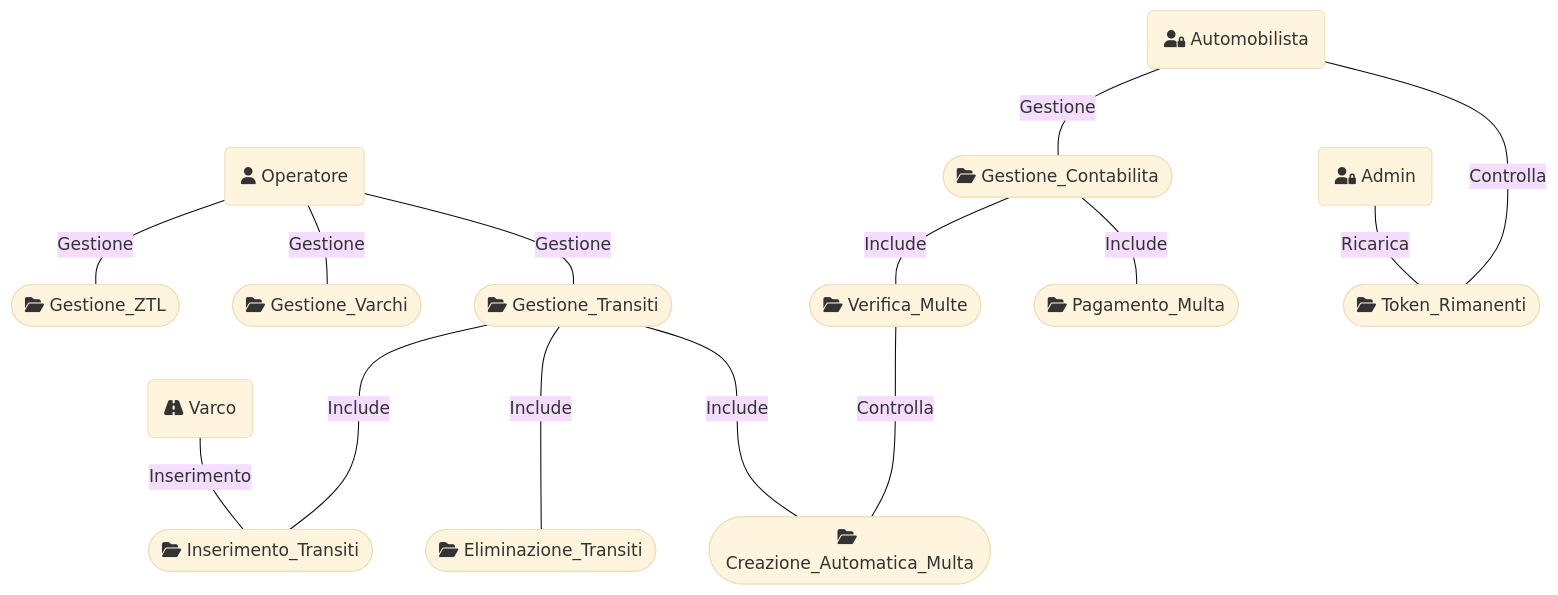
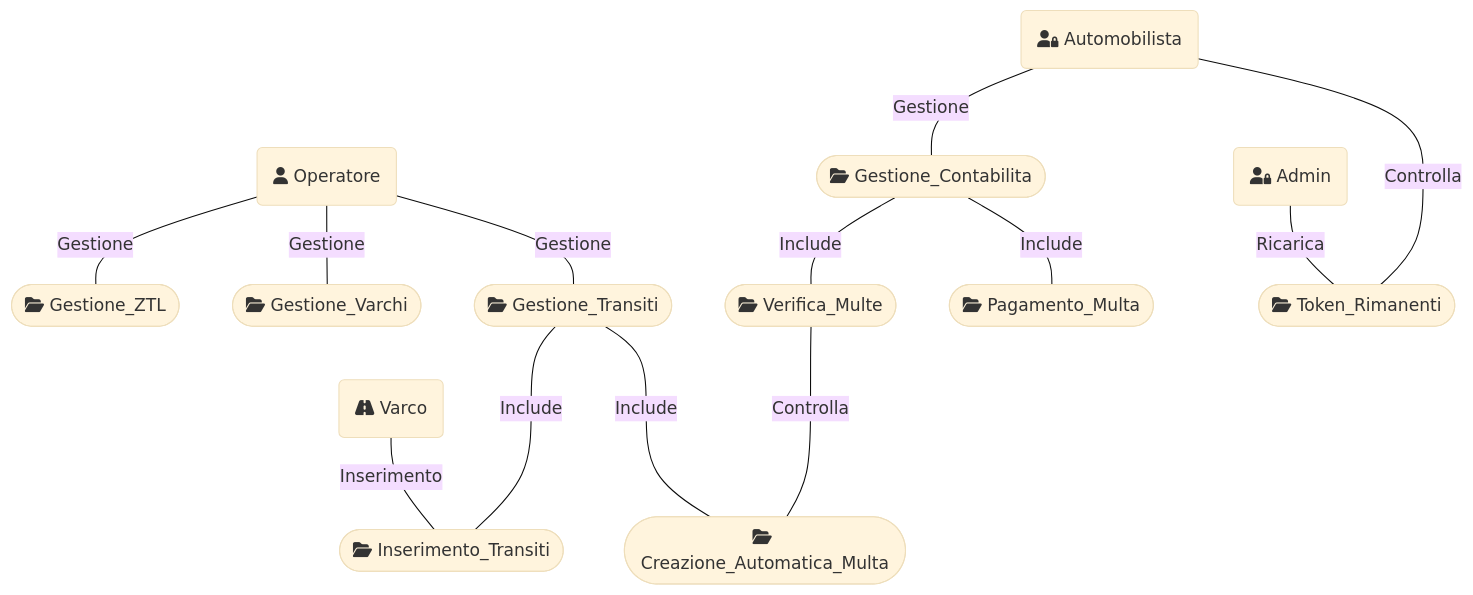
One commit to Arianna6400/Adv_Prog changed the second of 12 diagrams in README.md. Above: the diagram before and after it, drawn with Mermaid (base theme). The commit also changed other lines of this file and 1 other file, not shown here.

````diff
--- a/README.md
+++ b/README.md
@@ -123,21 +123,20 @@
 ```mermaid
 graph TD
     Operatore(fa:fa-user Operatore) ---|Gestione| GestioneZTL([fa:fa-folder-open Gestione_ZTL])
     Operatore ---|Gestione| GestioneVarchi([fa:fa-folder-open Gestione_Varchi])
     Operatore ---|Gestione| GestioneTransiti([fa:fa-folder-open Gestione_Transiti])
 
     GestioneTransiti ----|Include| InserimentoTransiti([fa:fa-folder-open Inserimento_Transiti])
-    GestioneTransiti ----|Include| EliminazioneTransiti([fa:fa-folder-open Eliminazione_Transiti])
     GestioneTransiti ----|Include| CreazioneAutomaticaMulta([fa:fa-folder-open Creazione_Automatica_Multa])
 
     VerificaMulte ----|Controlla| CreazioneAutomaticaMulta
     Varco(fa:fa-road Varco) ---|Inserimento| InserimentoTransiti
 
     Automobilista(fa:fa-user-lock Automobilista) ---|Gestione| GestioneContabilita([fa:fa-folder-open Gestione_Contabilita])
 
     GestioneContabilita ---|Include| VerificaMulte([fa:fa-folder-open Verifica_Multe])
     GestioneContabilita ---|Include| PagamentoMulta([fa:fa-folder-open Pagamento_Multa])
 
     Admin(fa:fa-user-lock Admin) ---|Ricarica| TokenRimanenti([fa:fa-folder-open Token_Rimanenti])
     Automobilista ----|Controlla| TokenRimanenti
 ```
````
